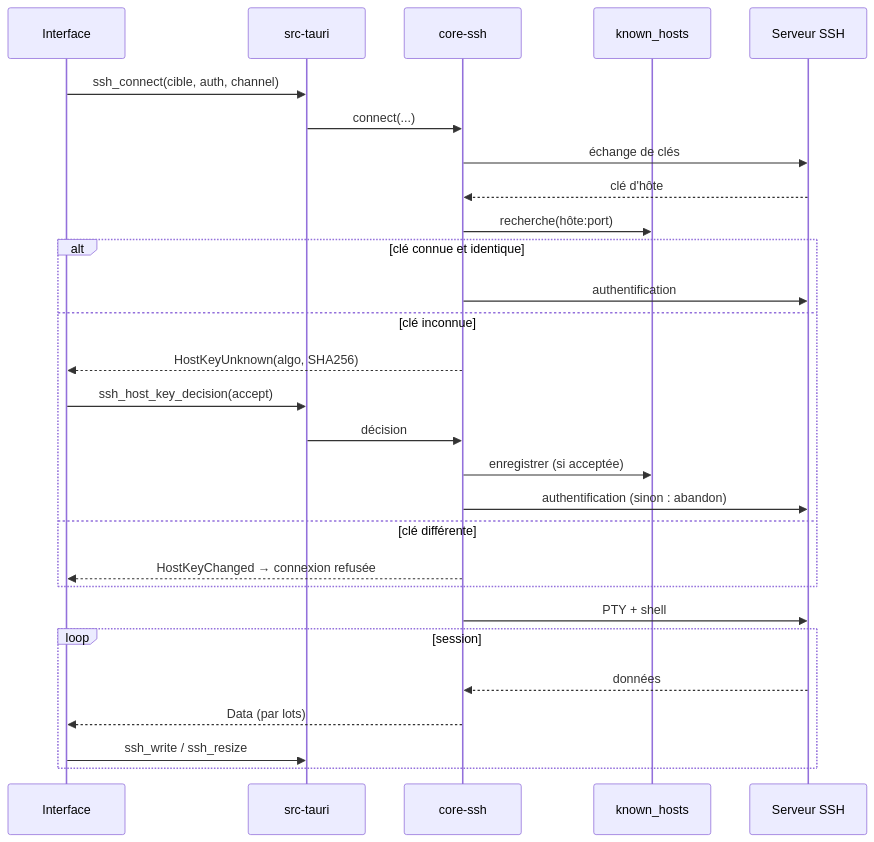
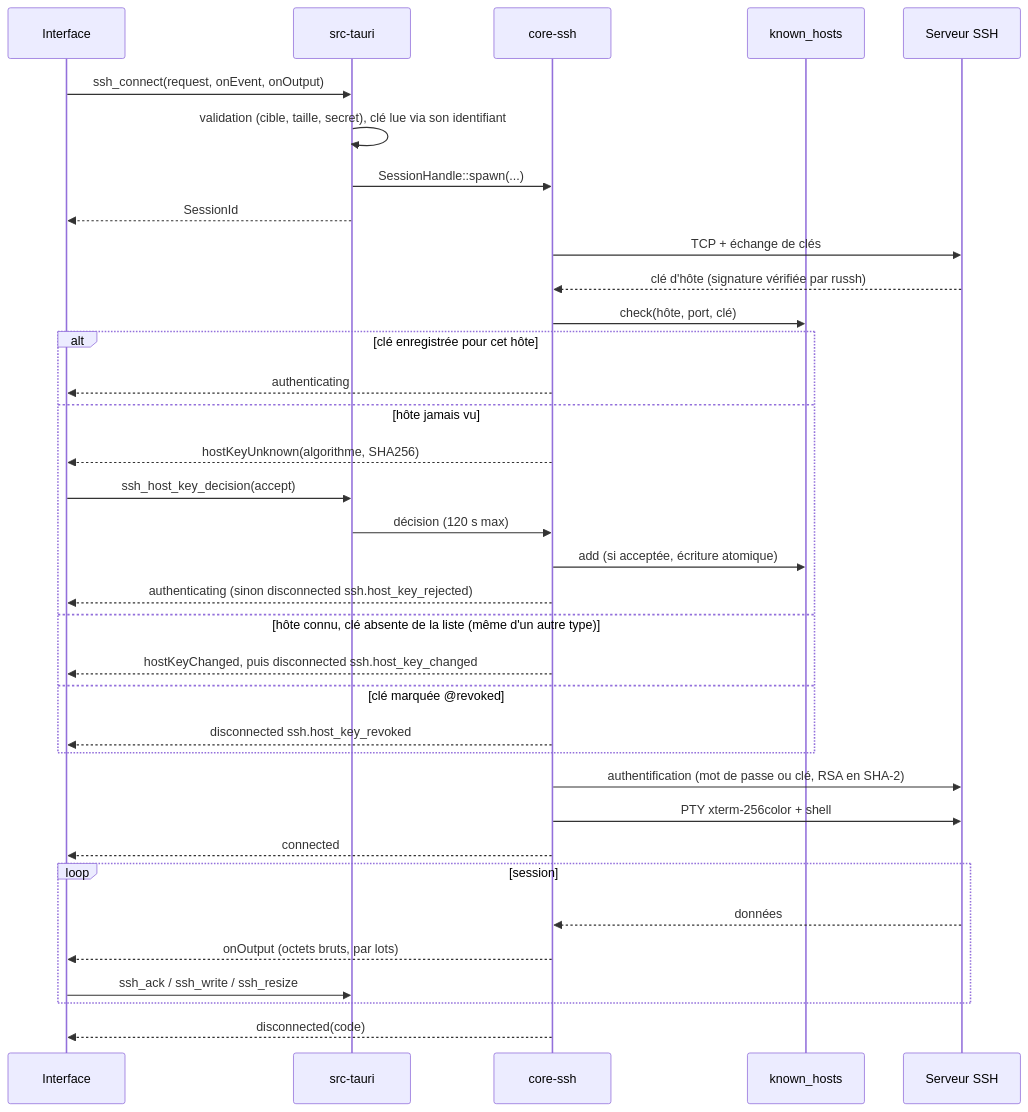
One commit to mlft9/vigie changed the third of 3 diagrams in docs/ARCHITECTURE.md. Above: the diagram before and after it, drawn with Mermaid. The commit also changed other lines of this file and 5 other files, not shown here.

First line of the commit message:
docs: documente l'étape 1 (architecture, ADR-018 à 024, changelog, tests)

````diff
--- a/docs/ARCHITECTURE.md
+++ b/docs/ARCHITECTURE.md
@@ -159,30 +214,37 @@
 ```mermaid
 sequenceDiagram
     participant UI as Interface
     participant C as src-tauri
     participant S as core-ssh
     participant K as known_hosts
     participant SRV as Serveur SSH
-    UI->>C: ssh_connect(cible, auth, channel)
-    C->>S: connect(...)
-    S->>SRV: échange de clés
-    SRV-->>S: clé d'hôte
-    S->>K: recherche(hôte:port)
-    alt clé connue et identique
-        S->>SRV: authentification
-    else clé inconnue
-        S-->>UI: HostKeyUnknown(algo, SHA256)
+    UI->>C: ssh_connect(request, onEvent, onOutput)
+    C->>C: validation (cible, taille, secret), clé lue via son identifiant
+    C->>S: SessionHandle::spawn(...)
+    C-->>UI: SessionId
+    S->>SRV: TCP + échange de clés
+    SRV-->>S: clé d'hôte (signature vérifiée par russh)
+    S->>K: check(hôte, port, clé)
+    alt clé enregistrée pour cet hôte
+        S-->>UI: authenticating
+    else hôte jamais vu
+        S-->>UI: hostKeyUnknown(algorithme, SHA256)
         UI->>C: ssh_host_key_decision(accept)
-        C->>S: décision
-        S->>K: enregistrer (si acceptée)
-        S->>SRV: authentification (sinon : abandon)
-    else clé différente
-        S-->>UI: HostKeyChanged → connexion refusée
+        C->>S: décision (120 s max)
+        S->>K: add (si acceptée, écriture atomique)
+        S-->>UI: authenticating (sinon disconnected ssh.host_key_rejected)
+    else hôte connu, clé absente de la liste (même d'un autre type)
+        S-->>UI: hostKeyChanged, puis disconnected ssh.host_key_changed
+    else clé marquée @revoked
+        S-->>UI: disconnected ssh.host_key_revoked
     end
-    S->>SRV: PTY + shell
+    S->>SRV: authentification (mot de passe ou clé, RSA en SHA-2)
+    S->>SRV: PTY xterm-256color + shell
+    S-->>UI: connected
     loop session
         SRV-->>S: données
-        S-->>UI: Data (par lots)
-        UI->>C: ssh_write / ssh_resize
+        S-->>UI: onOutput (octets bruts, par lots)
+        UI->>C: ssh_ack / ssh_write / ssh_resize
     end
+    S-->>UI: disconnected(code)
 ```
````
